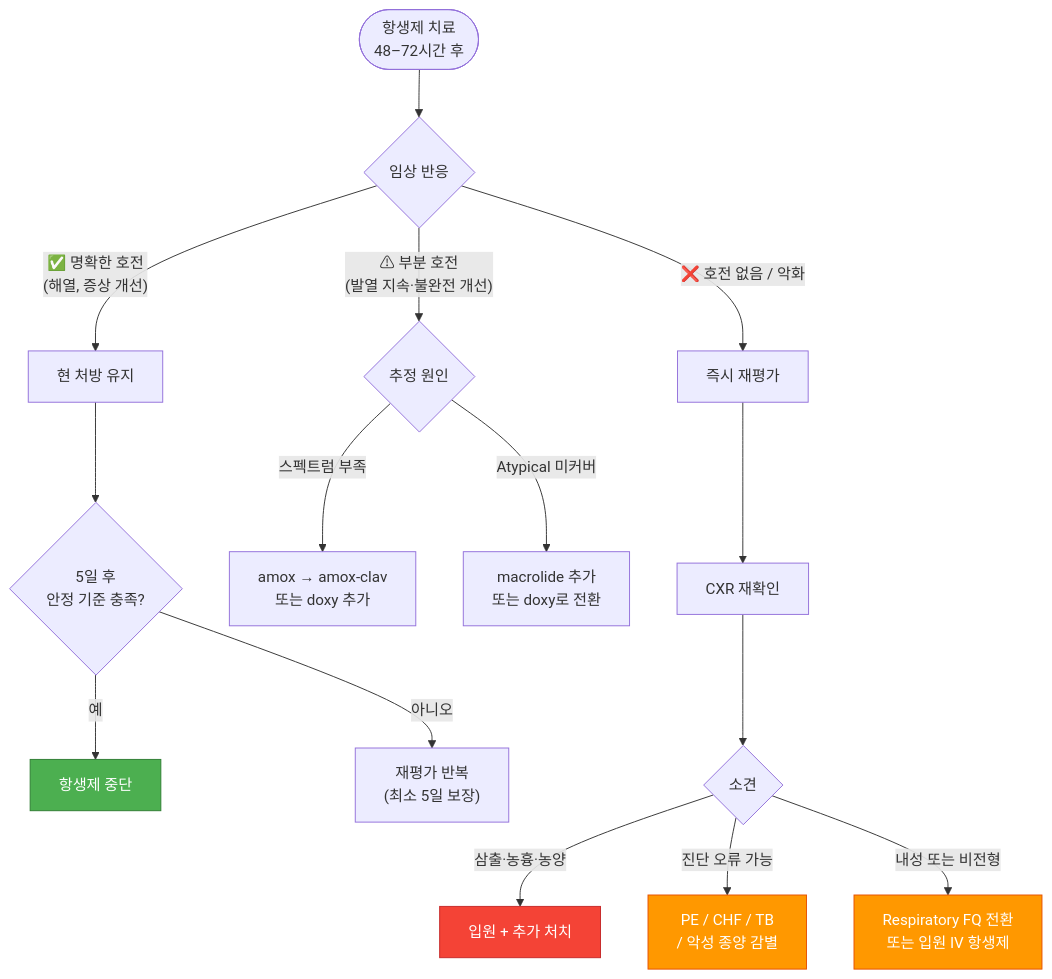
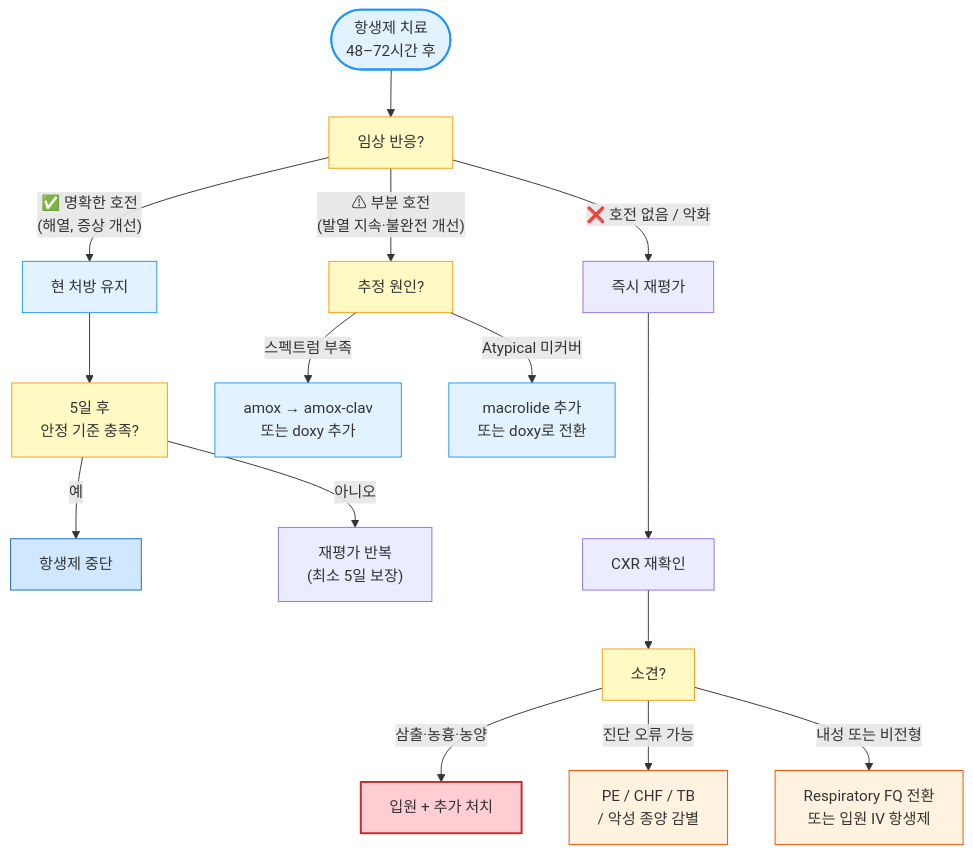
The second of 2 diagrams in 223_/068_-pneumonia.md (familyoh77/familyoh77), drawn with Mermaid before and after one commit. The commit also changed other lines of this file, not shown here.

````diff
--- a/223_/068_-pneumonia.md
+++ b/223_/068_-pneumonia.md
@@ -339,25 +325,30 @@
 ```mermaid
 flowchart TD
-    A(["항생제 치료<br/>48–72시간 후"]) --> B{임상 반응}
+    A(["항생제 치료<br/>48–72시간 후"]) --> B[임상 반응?]
 
     B -- "✅ 명확한 호전<br/>(해열, 증상 개선)" --> C[현 처방 유지]
-    C --> D{"5일 후<br/>안정 기준 충족?"}
+    C --> D["5일 후<br/>안정 기준 충족?"]
     D -- 예 --> E[항생제 중단]
     D -- 아니오 --> F["재평가 반복<br/>(최소 5일 보장)"]
 
-    B -- "⚠ 부분 호전<br/>(발열 지속·불완전 개선)" --> G{추정 원인}
+    B -- "⚠ 부분 호전<br/>(발열 지속·불완전 개선)" --> G[추정 원인?]
     G -- "스펙트럼 부족" --> H["amox → amox-clav<br/>또는 doxy 추가"]
     G -- "Atypical 미커버" --> I["macrolide 추가<br/>또는 doxy로 전환"]
 
     B -- "❌ 호전 없음 / 악화" --> J[즉시 재평가]
-    J --> K[CXR 재확인]
-    K --> L{소견}
+    J ---> K[CXR 재확인]
+    K --> L[소견?]
     L -- "삼출·농흉·농양" --> M[입원 + 추가 처치]
     L -- "진단 오류 가능" --> N["PE / CHF / TB<br/>/ 악성 종양 감별"]
     L -- "내성 또는 비전형" --> O["Respiratory FQ 전환<br/>또는 입원 IV 항생제"]
+style A fill:#e3f2ff,stroke:#2196f3,stroke-width:2px
+classDef yellow fill:#fff9c4,stroke:#f39c12
+class B,D,G,L yellow
+classDef sky fill:#e3f2ff,stroke:#2196f3
+class H,I,C sky
+classDef orange50 fill:#fff3e0,stroke:#e65100
+class N,O orange50
+    style E fill:#d0e8ff,stroke:#1a6abf
+    style M fill:#ffcdd2,stroke:#c62828,stroke-width:2px
 
-    style E fill:#4caf50,stroke:#2e7d32,color:#fff
-    style M fill:#f44336,stroke:#c62828,color:#fff
-    style N fill:#ff9800,stroke:#e65100,color:#fff
-    style O fill:#ff9800,stroke:#e65100,color:#fff
 ```
````
